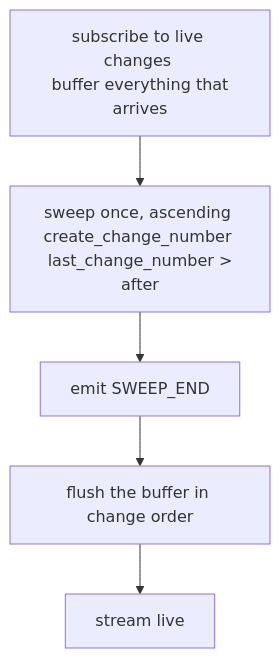
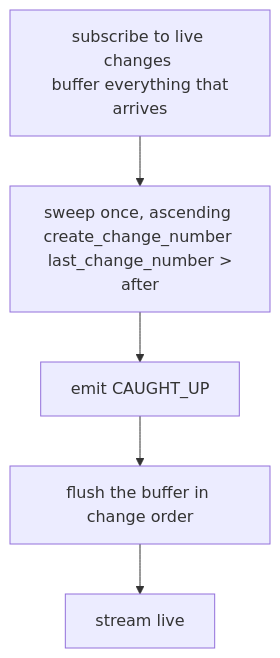
The diagram in architecture/07-sync-streaming.md (DKE-Data/masterdata-sync-working-group), drawn with Mermaid before and after one commit. The commit also changed other lines of this file and 2 other files, not shown here.

````diff
--- a/architecture/07-sync-streaming.md
+++ b/architecture/07-sync-streaming.md
@@ -148,12 +148,12 @@
 ```mermaid
 flowchart TB
     SUB["subscribe to live changes \n buffer everything that arrives"]
     SWEEP["sweep once, ascending create_change_number \n last_change_number &gt; after"]
-    MARK["emit SWEEP_END"]
+    MARK["emit CAUGHT_UP"]
     FLUSH["flush the buffer in change order"]
     LIVE["stream live"]
     SUB --> SWEEP
     SWEEP --> MARK
     MARK --> FLUSH
     FLUSH --> LIVE
 ```
````
